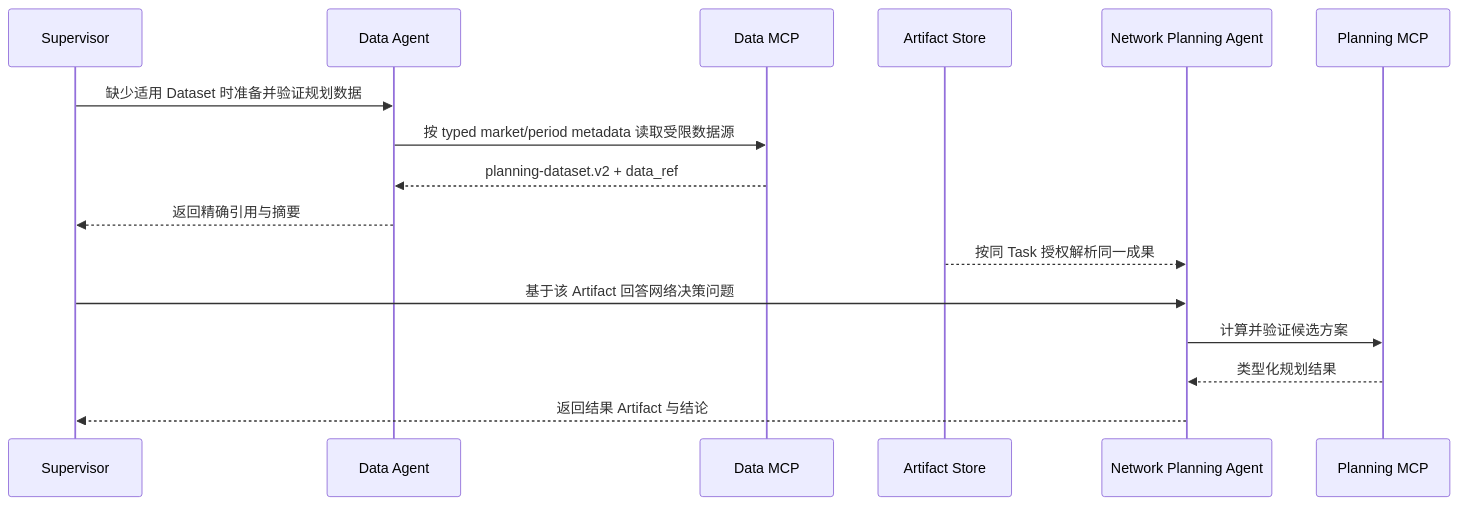
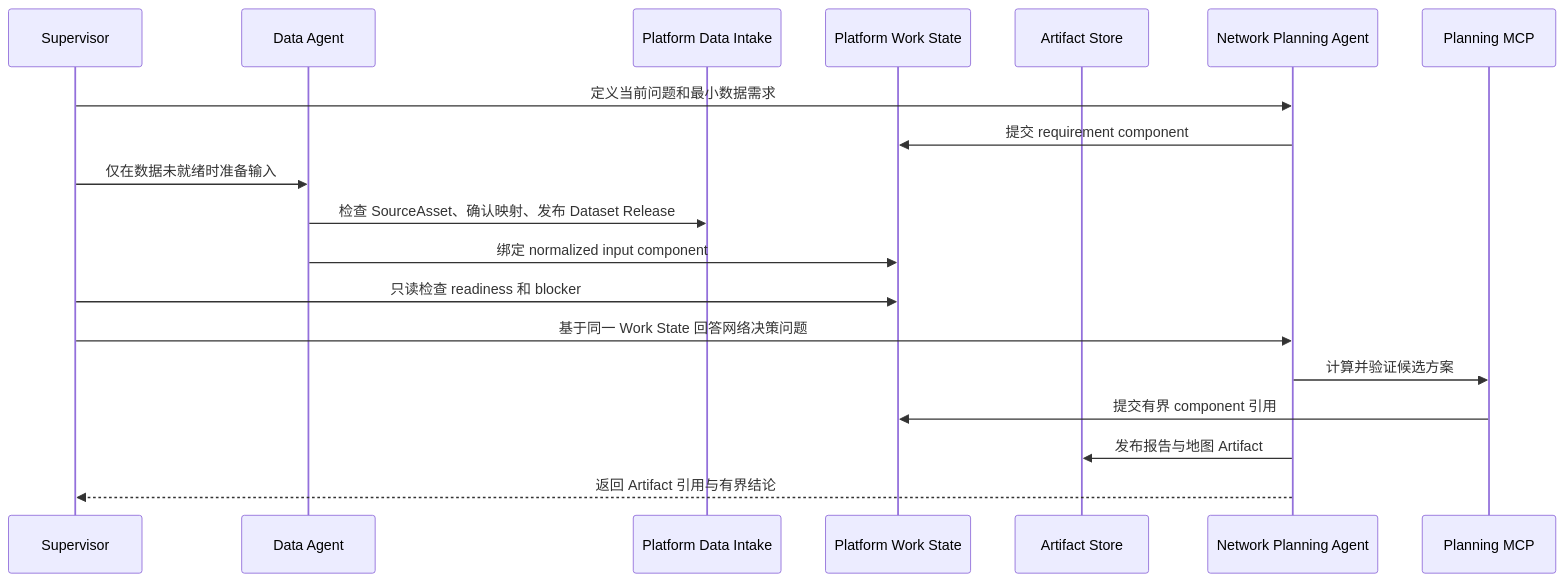
Before and after one commit to JO-WTF/open-web-codex: the third of 4 diagrams in docs/agent-information-exchange-evolution.md, drawn with Mermaid. The commit also changed other lines of this file and 243 other files, not shown here.

````diff
--- a/docs/agent-information-exchange-evolution.md
+++ b/docs/agent-information-exchange-evolution.md
@@ -269,19 +269,22 @@
 ```mermaid
 sequenceDiagram
     participant S as Supervisor
     participant D as Data Agent
-    participant DM as Data MCP
+    participant DI as Platform Data Intake
+    participant W as Platform Work State
     participant A as Artifact Store
     participant N as Network Planning Agent
     participant PM as Planning MCP
 
-    S->>D: 缺少适用 Dataset 时准备并验证规划数据
-    D->>DM: 按 typed market/period metadata 读取受限数据源
-    DM-->>D: planning-dataset.v2 + data_ref
-    D-->>S: 返回精确引用与摘要
-    A-->>N: 按同 Task 授权解析同一成果
-    S->>N: 基于该 Artifact 回答网络决策问题
+    S->>N: 定义当前问题和最小数据需求
+    N->>W: 提交 requirement component
+    S->>D: 仅在数据未就绪时准备输入
+    D->>DI: 检查 SourceAsset、确认映射、发布 Dataset Release
+    D->>W: 绑定 normalized input component
+    S->>W: 只读检查 readiness 和 blocker
+    S->>N: 基于同一 Work State 回答网络决策问题
     N->>PM: 计算并验证候选方案
-    PM-->>N: 类型化规划结果
-    N-->>S: 返回结果 Artifact 与结论
+    PM->>W: 提交有界 component 引用
+    N->>A: 发布报告与地图 Artifact
+    N-->>S: 返回 Artifact 引用与有界结论
 ```
````
